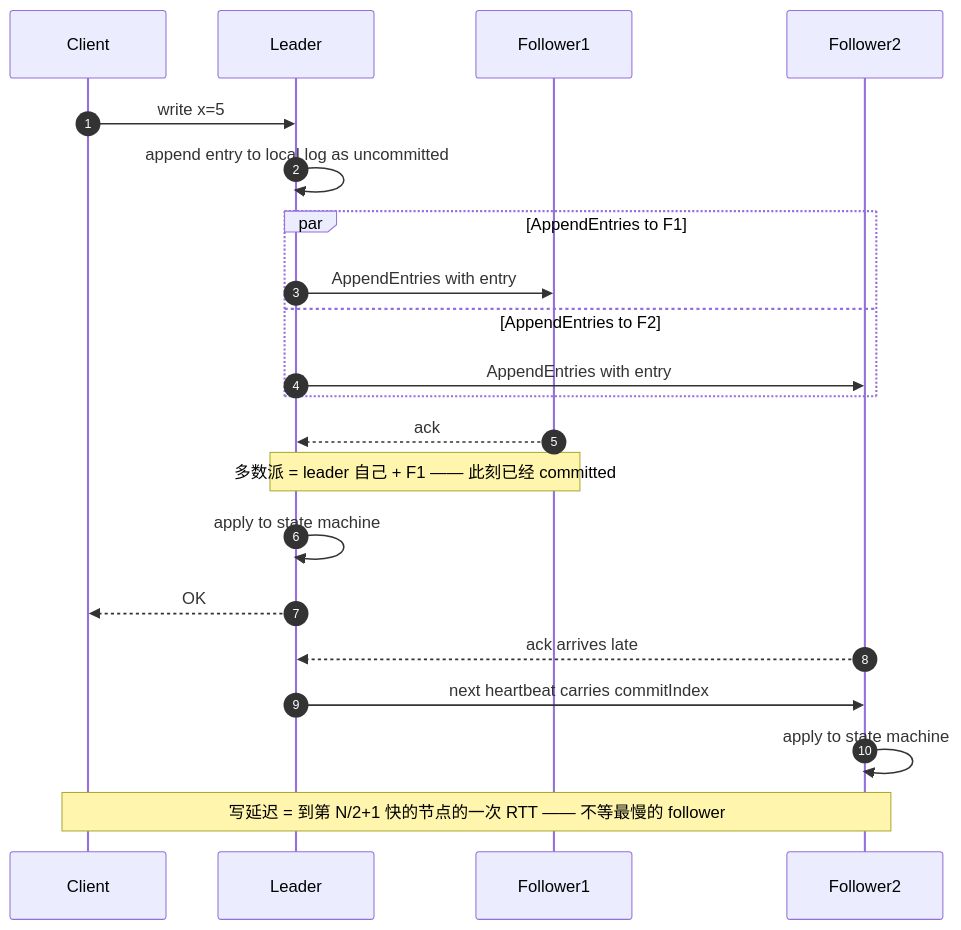
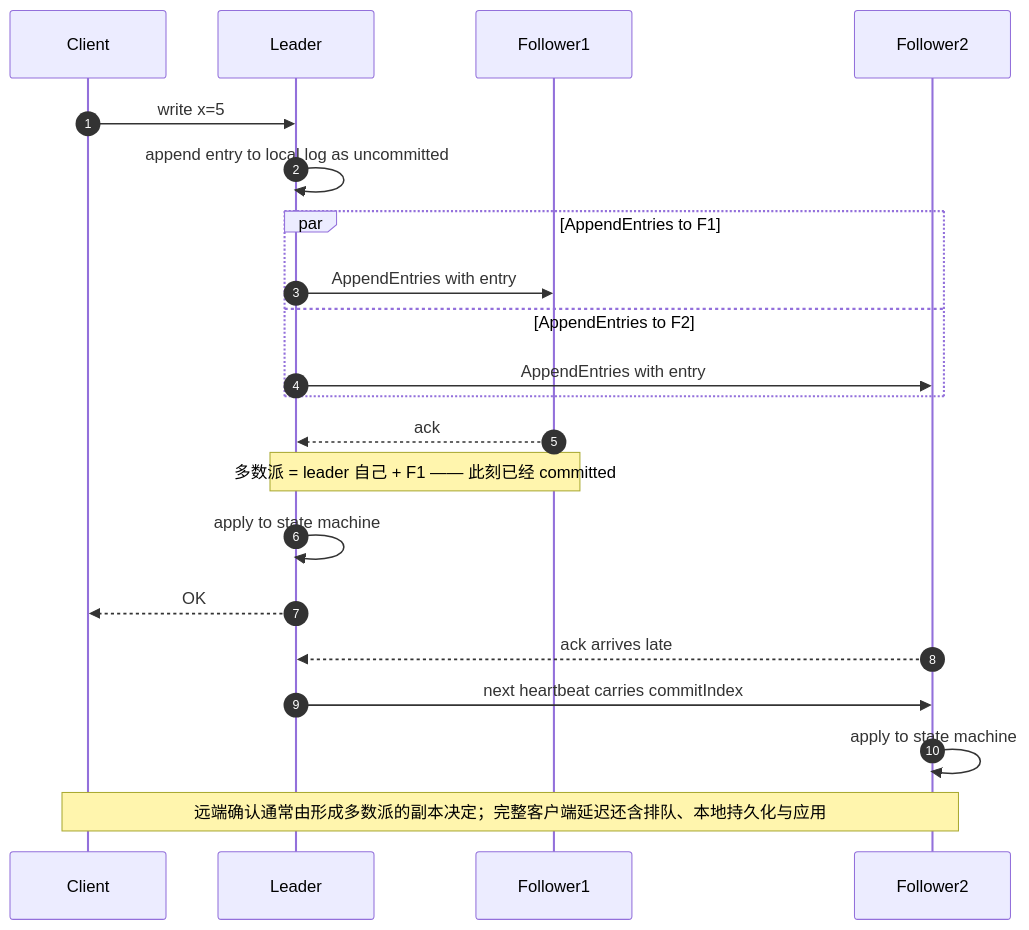
The first of 2 diagrams in 01-building-blocks/05-consensus-and-coordination.md (wuwangzhang1216/system-design-handbook), drawn with Mermaid before and after one commit. The commit also changed other lines of this file and 74 other files, not shown here.

````diff
--- a/01-building-blocks/05-consensus-and-coordination.md
+++ b/01-building-blocks/05-consensus-and-coordination.md
@@ -94,23 +95,23 @@
 ```mermaid
 sequenceDiagram
     autonumber
     participant C as Client
     participant L as Leader
     participant F1 as Follower1
     participant F2 as Follower2
     C->>L: write x=5
     L->>L: append entry to local log as uncommitted
     par AppendEntries to F1
         L->>F1: AppendEntries with entry
     and AppendEntries to F2
         L->>F2: AppendEntries with entry
     end
     F1-->>L: ack
     Note over L,F1: 多数派 = leader 自己 + F1 —— 此刻已经 committed
     L->>L: apply to state machine
     L-->>C: OK
     F2-->>L: ack arrives late
     L->>F2: next heartbeat carries commitIndex
     F2->>F2: apply to state machine
-    Note over C,F2: 写延迟 = 到第 N/2+1 快的节点的一次 RTT —— 不等最慢的 follower
+    Note over C,F2: 远端确认通常由形成多数派的副本决定；完整客户端延迟还含排队、本地持久化与应用
 ```
````
